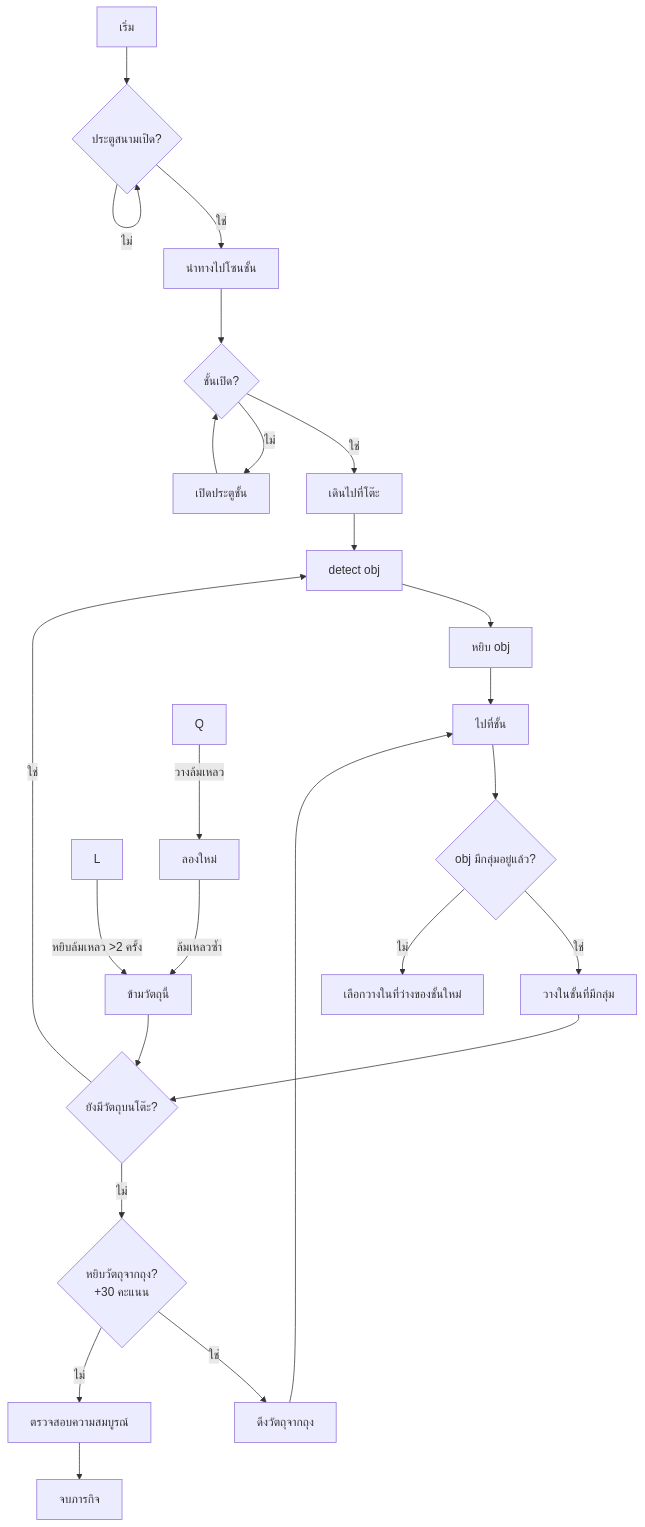
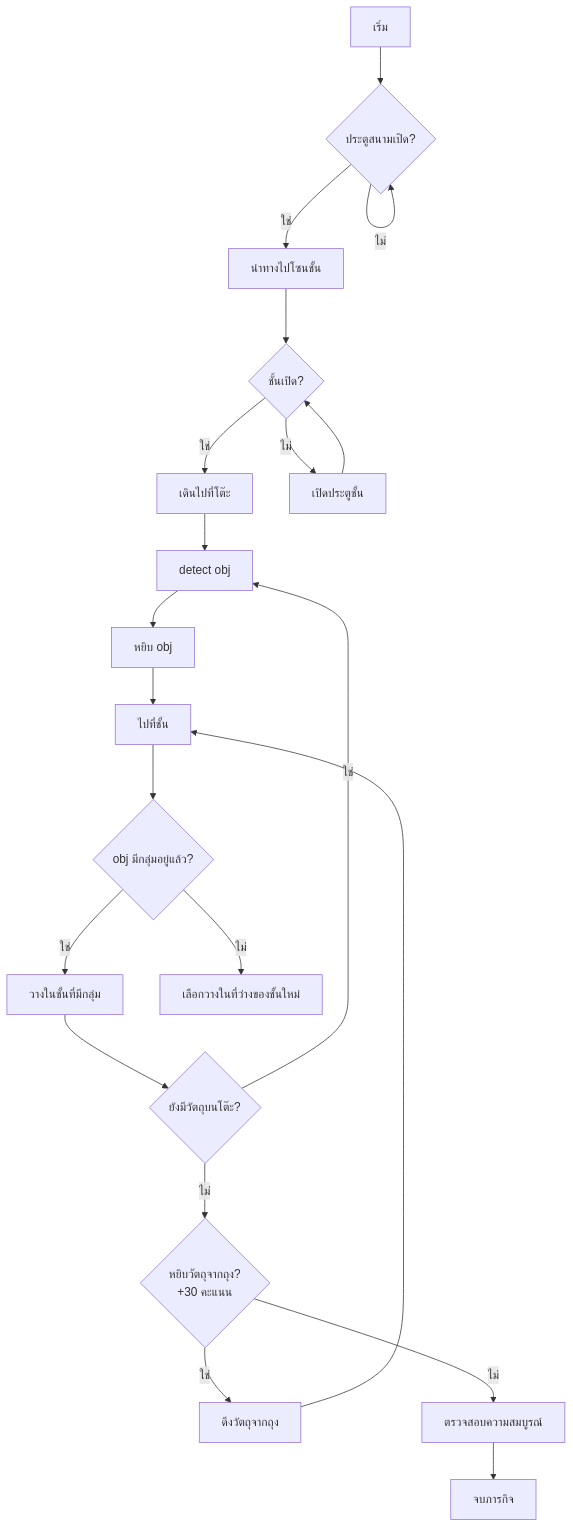
One commit to NapatzZ/state-robocup changed the diagram in StoringGroceries.md. Above: the diagram before and after it, drawn with Mermaid.

````diff
--- a/StoringGroceries.md
+++ b/StoringGroceries.md
@@ -1,35 +1,30 @@
 ```mermaid
 flowchart TD
     A[เริ่ม] --> B{ประตูสนามเปิด?}
     B -->|ใช่| C[นำทางไปโซนชั้น]
     B -->|ไม่| B
     
     C --> D{ชั้นเปิด?}
     D -->|ใช่| E[เดินไปที่โต๊ะ]
     D -->|ไม่| F[เปิดประตูชั้น]
     F --> D
     
     E --> G[detect obj]
     G --> PP[หยิบ obj]
     PP --> H[ไปที่ชั้น]
     H --> I{obj มีกลุ่มอยู่แล้ว?}
     I -->|ใช่| U[วางในชั้นที่มีกลุ่ม]
     I -->|ไม่| KK[เลือกวางในที่ว่างของชั้นใหม่]
     
     
     U --> V{ยังมีวัตถุบนโต๊ะ?}
     V -->|ใช่| G
     V -->|ไม่| W{หยิบวัตถุจากถุง? \n +30 คะแนน}
     
     W -->|ใช่| X[ดึงวัตถุจากถุง]
     X --> H
     W -->|ไม่| Y[ตรวจสอบความสมบูรณ์]
     
     Y --> Z[จบภารกิจ]
-    
-    %% Error handling
-    L -->|หยิบล้มเหลว >2 ครั้ง| L1[ข้ามวัตถุนี้]
-    L1 --> V
-    Q -->|วางล้มเหลว| Q1[ลองใหม่]
-    Q1 -->|ล้มเหลวซ้ำ| L1
+
 ```
````
